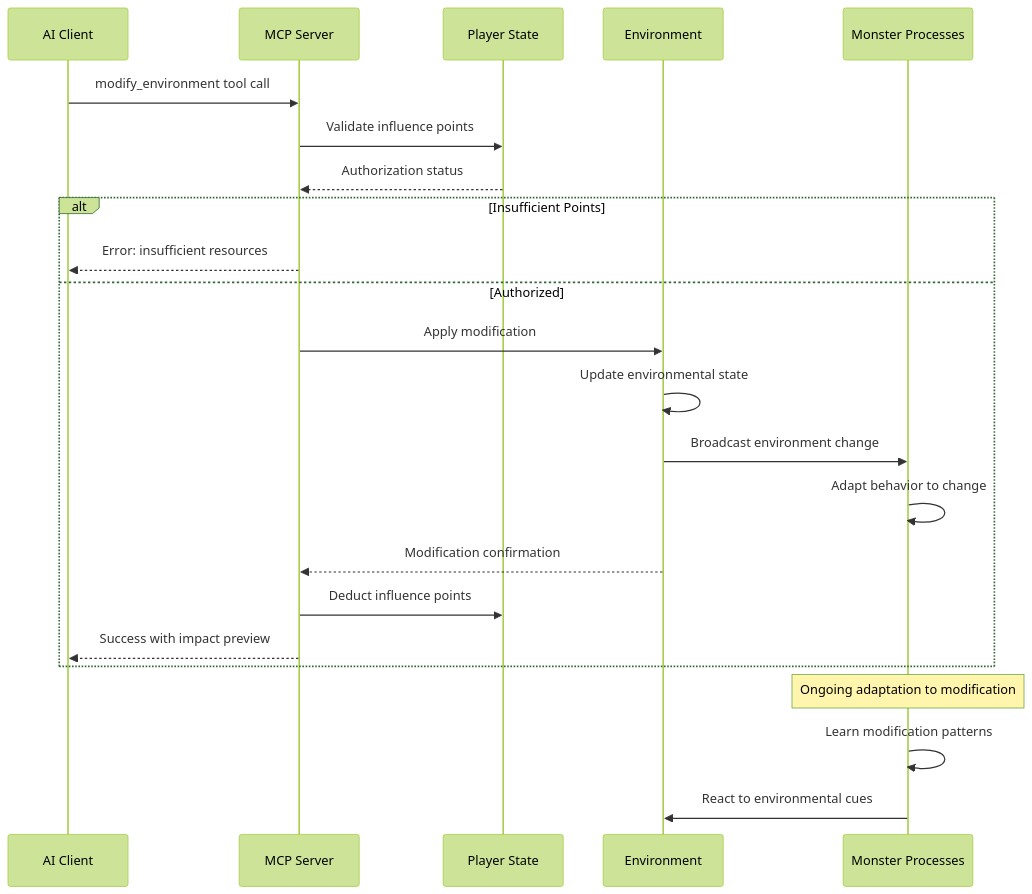
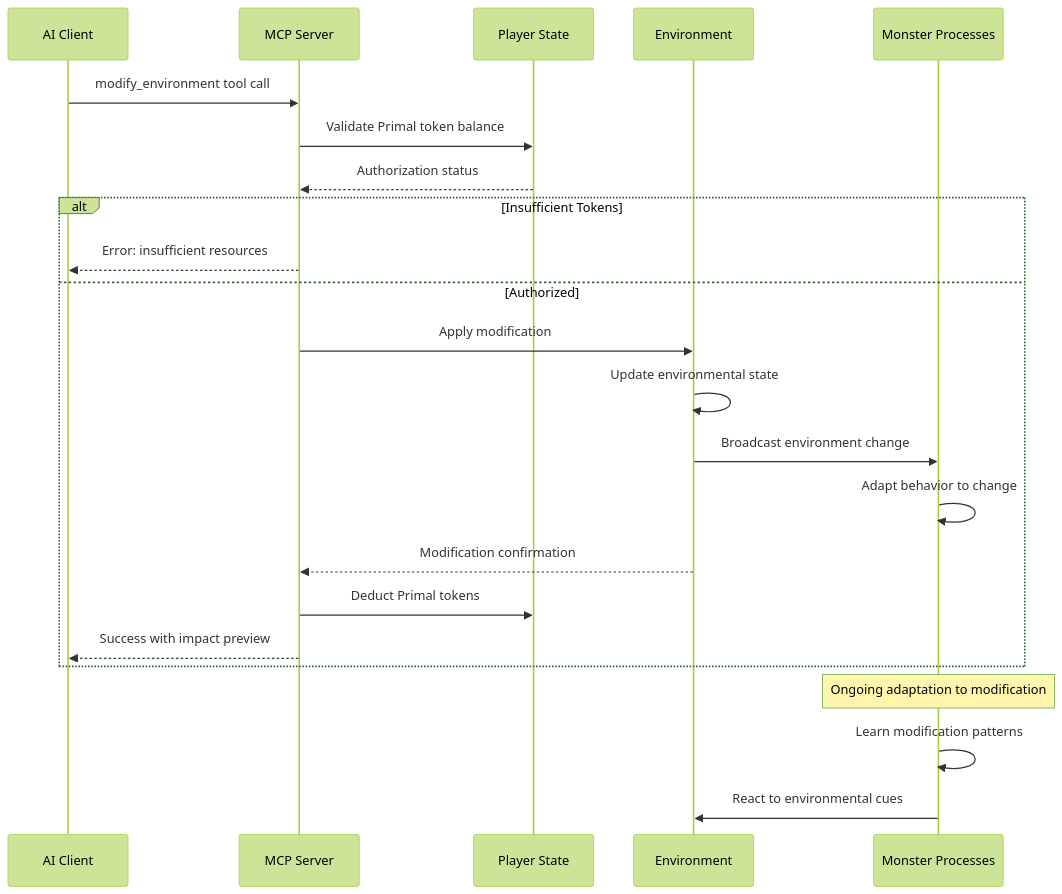
Before and after one commit to ALLiDoizCode/PrimalCode: the second of 3 diagrams in Docs/architecture/core-workflows.md, drawn with Mermaid (forest theme). The commit also changed 10 other files, not shown here.

````diff
--- a/Docs/architecture/core-workflows.md
+++ b/Docs/architecture/core-workflows.md
@@ -41,27 +41,27 @@
 ```mermaid
 sequenceDiagram
     participant CLIENT as AI Client
     participant MCP as MCP Server
     participant PLAYER as Player State
     participant ENV as Environment
     participant MONSTERS as Monster Processes
     
     CLIENT->>MCP: modify_environment tool call
-    MCP->>PLAYER: Validate influence points
+    MCP->>PLAYER: Validate Primal token balance
     PLAYER-->>MCP: Authorization status
-    alt Insufficient Points
+    alt Insufficient Tokens
         MCP-->>CLIENT: Error: insufficient resources
     else Authorized
         MCP->>ENV: Apply modification
         ENV->>ENV: Update environmental state
         ENV->>MONSTERS: Broadcast environment change
         MONSTERS->>MONSTERS: Adapt behavior to change
         ENV-->>MCP: Modification confirmation
-        MCP->>PLAYER: Deduct influence points
+        MCP->>PLAYER: Deduct Primal tokens
         MCP-->>CLIENT: Success with impact preview
     end
     
     Note over MONSTERS: Ongoing adaptation to modification
     MONSTERS->>MONSTERS: Learn modification patterns
     MONSTERS->>ENV: React to environmental cues
 ```
````
